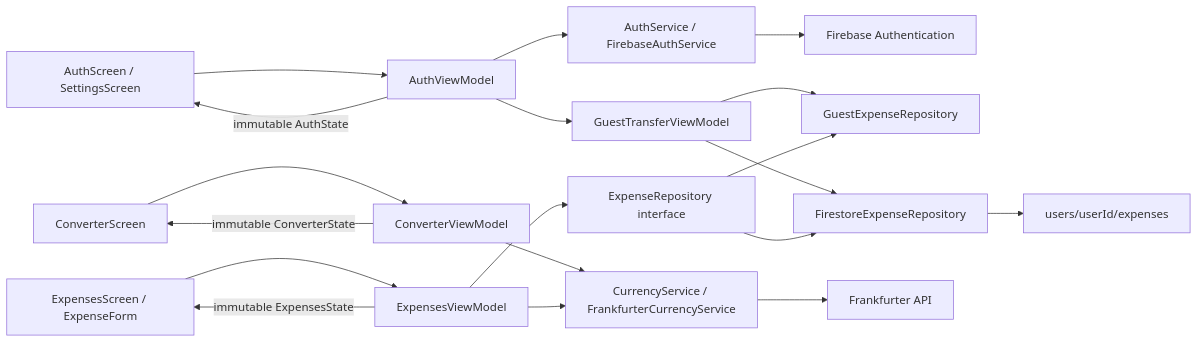
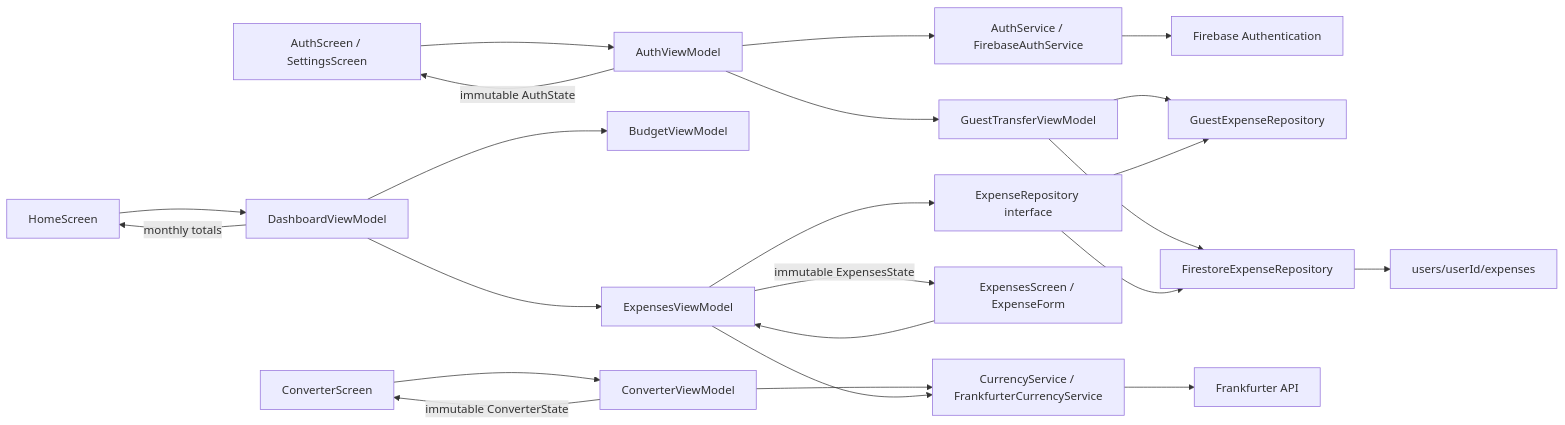
Before and after one commit to britneylu/mpx-pockit: the diagram in README.md, drawn with Mermaid. The commit also changed other lines of this file and 7 other files, not shown here.

````diff
--- a/README.md
+++ b/README.md
@@ -177,21 +179,25 @@
 ```mermaid
 flowchart LR
+  Home[HomeScreen] --> Dashboard[DashboardViewModel]
+  Dashboard --> EVM
+  Dashboard --> Budget[BudgetViewModel]
+  Dashboard -->|monthly totals| Home
   AuthUI[AuthScreen / SettingsScreen] --> AuthVM[AuthViewModel]
   AuthVM -->|immutable AuthState| AuthUI
   AuthVM --> AuthService[AuthService / FirebaseAuthService]
   AuthService --> Auth[Firebase Authentication]
   AuthVM --> Transfer[GuestTransferViewModel]
   Transfer --> Guest[GuestExpenseRepository]
   Transfer --> CloudRepo[FirestoreExpenseRepository]
   Converter[ConverterScreen] --> CVM[ConverterViewModel]
   CVM -->|immutable ConverterState| Converter
   CVM --> Currency[CurrencyService / FrankfurterCurrencyService]
   Currency --> API[Frankfurter API]
   Expenses[ExpensesScreen / ExpenseForm] --> EVM[ExpensesViewModel]
   EVM -->|immutable ExpensesState| Expenses
   EVM --> Currency
   EVM --> Repository[ExpenseRepository interface]
   Repository --> Guest
   Repository --> CloudRepo
   CloudRepo --> Cloud[users/userId/expenses]
 ```
````
